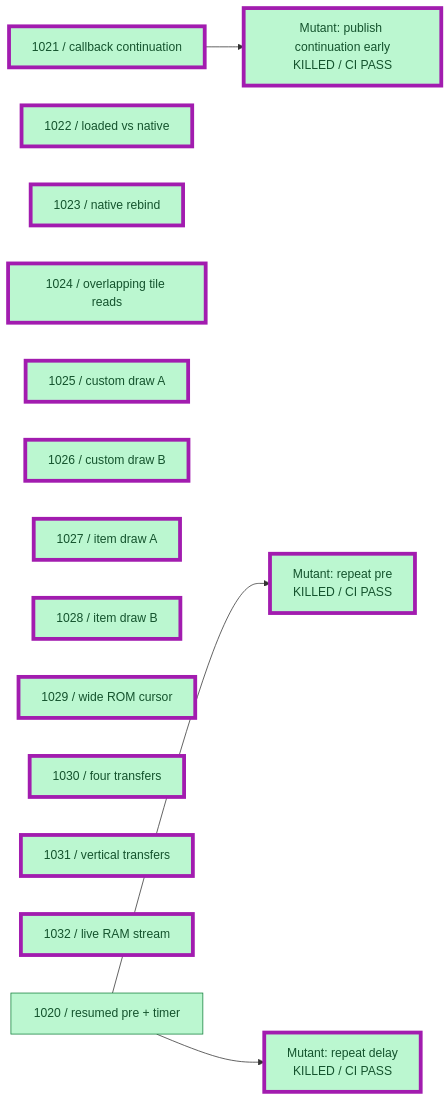
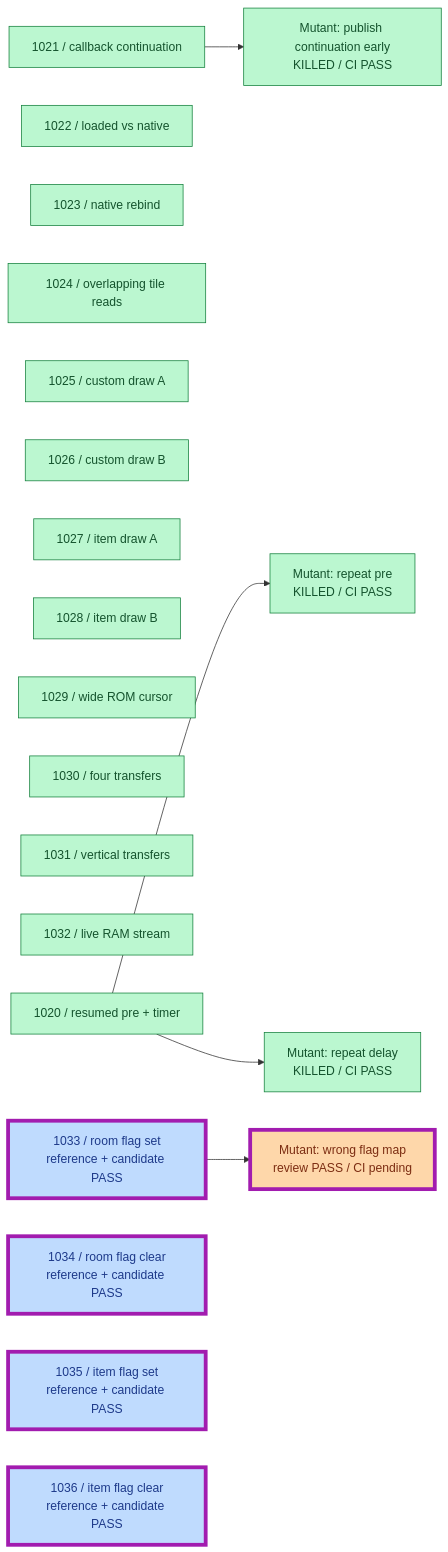
Before and after one commit to JimLundin/sm-decomp: the second of 9 diagrams in PROGRESS.md, drawn with Mermaid. The commit also changed other lines of this file and 5 other files, not shown here.

Commit message:
Distinguish mechanism flag maps; reference checks and formatting pass

````diff
--- a/PROGRESS.md
+++ b/PROGRESS.md
@@ -63,25 +70,29 @@
 ```mermaid
 flowchart LR
     C21["1021 / callback continuation"]:::done
     C22["1022 / loaded vs native"]:::done
     C23["1023 / native rebind"]:::done
     C24["1024 / overlapping tile reads"]:::done
     C25["1025 / custom draw A"]:::done
     C26["1026 / custom draw B"]:::done
     C27["1027 / item draw A"]:::done
     C28["1028 / item draw B"]:::done
     C29["1029 / wide ROM cursor"]:::done
     C30["1030 / four transfers"]:::done
     C31["1031 / vertical transfers"]:::done
     C32["1032 / live RAM stream"]:::done
     C20["1020 / resumed pre + timer"]:::done --> MP["Mutant: repeat pre<br/>KILLED / CI PASS"]:::done
     C20 --> MD["Mutant: repeat delay<br/>KILLED / CI PASS"]:::done
     C21 --> MC["Mutant: publish continuation early<br/>KILLED / CI PASS"]:::done
-    class C21,C22,C23,C24,C25,C26,C27,C28,C29,C30,C31,C32,MP,MD,MC changed
+    C33["1033 / room flag set<br/>reference + candidate PASS"]:::checked --> MF["Mutant: wrong flag map<br/>review PASS / CI pending"]:::active
+    C34["1034 / room flag clear<br/>reference + candidate PASS"]:::checked
+    C35["1035 / item flag set<br/>reference + candidate PASS"]:::checked
+    C36["1036 / item flag clear<br/>reference + candidate PASS"]:::checked
+    class C33,C34,C35,C36,MF changed
     classDef done fill:#bbf7d0,stroke:#15803d,color:#14532d
     classDef checked fill:#bfdbfe,stroke:#2563eb,color:#1e3a8a
     classDef active fill:#fed7aa,stroke:#ea580c,color:#7c2d12
     classDef pending fill:#f1f5f9,stroke:#94a3b8,color:#475569,stroke-dasharray:5 5
     classDef failed fill:#fecaca,stroke:#dc2626,color:#7f1d1d
     classDef changed stroke:#a21caf,stroke-width:5px
 ```
````
